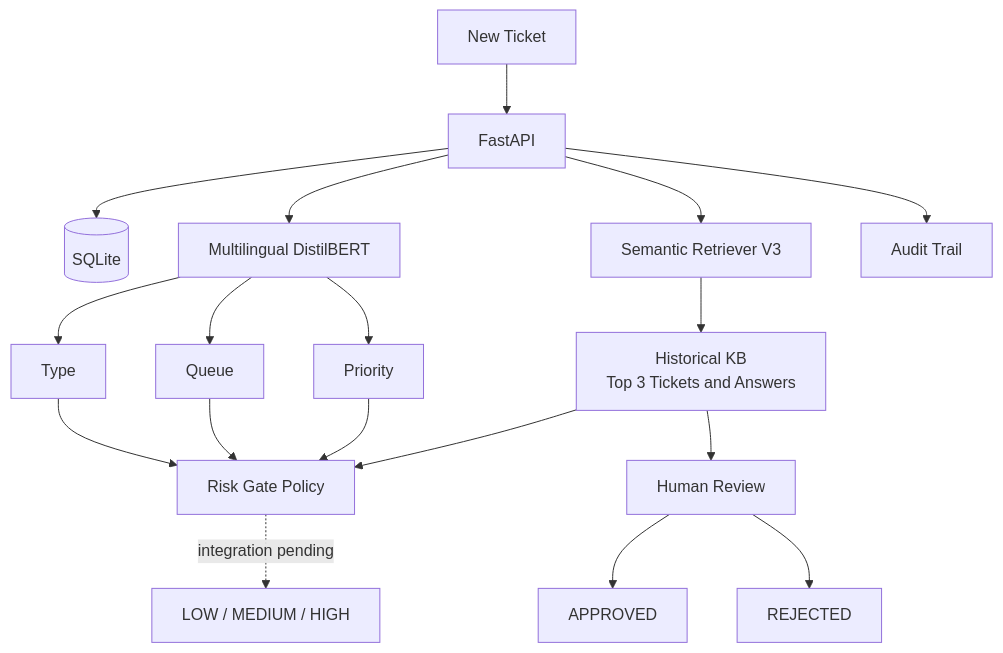
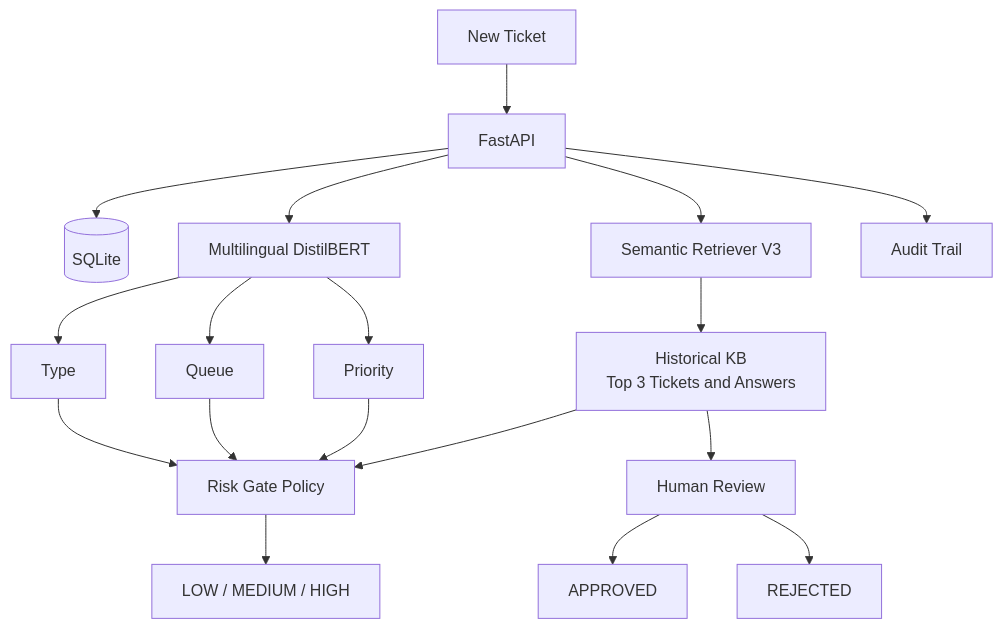
The first of 2 diagrams in README.md (Zwonnyy/ai-helpdesk_office), drawn with Mermaid before and after one commit. The commit also changed other lines of this file and 1 other file, not shown here.

````diff
--- a/README.md
+++ b/README.md
@@ -19,18 +19,18 @@
 ```mermaid
 flowchart TD
     A[New Ticket] --> B[FastAPI] --> C[(SQLite)]
     B --> D[Multilingual DistilBERT]
     D --> D1[Type]
     D --> D2[Queue]
     D --> D3[Priority]
     B --> E[Semantic Retriever V3] --> F[Historical KB<br/>Top 3 Tickets and Answers]
     D1 --> G[Risk Gate Policy]
     D2 --> G
     D3 --> G
     F --> G
-    G -. integration pending .-> H[LOW / MEDIUM / HIGH]
+    G --> H[LOW / MEDIUM / HIGH]
     F --> I[Human Review]
     I --> J[APPROVED]
     I --> K[REJECTED]
     B --> L[Audit Trail]
 ```
````
